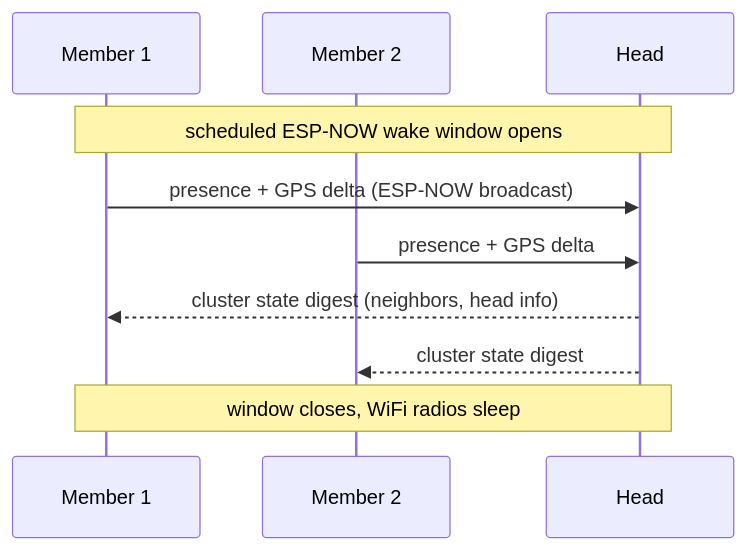
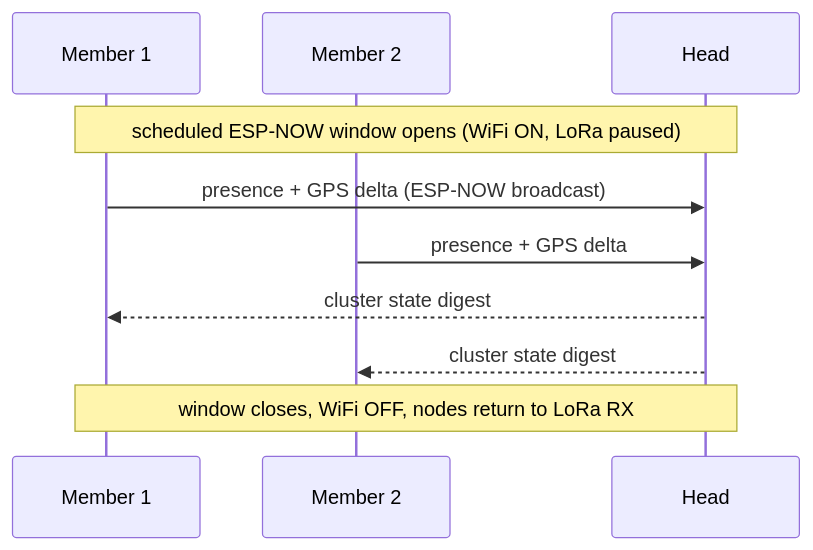
The first of 4 diagrams in docs/hybrid-mesh/04-architecture.md (snokvist/esp32-supermini-projects), drawn with Mermaid before and after one commit. The commit also changed other lines of this file and 10 other files, not shown here.

````diff
--- a/docs/hybrid-mesh/04-architecture.md
+++ b/docs/hybrid-mesh/04-architecture.md
@@ -124,12 +151,12 @@
 ```mermaid
 sequenceDiagram
     participant M1 as Member 1
     participant M2 as Member 2
     participant H as Head
-    Note over M1,H: scheduled ESP-NOW wake window opens
+    Note over M1,H: scheduled ESP-NOW window opens (WiFi ON, LoRa paused)
     M1->>H: presence + GPS delta (ESP-NOW broadcast)
     M2->>H: presence + GPS delta
-    H-->>M1: cluster state digest (neighbors, head info)
+    H-->>M1: cluster state digest
     H-->>M2: cluster state digest
-    Note over M1,H: window closes, WiFi radios sleep
+    Note over M1,H: window closes, WiFi OFF, nodes return to LoRa RX
 ```
````
